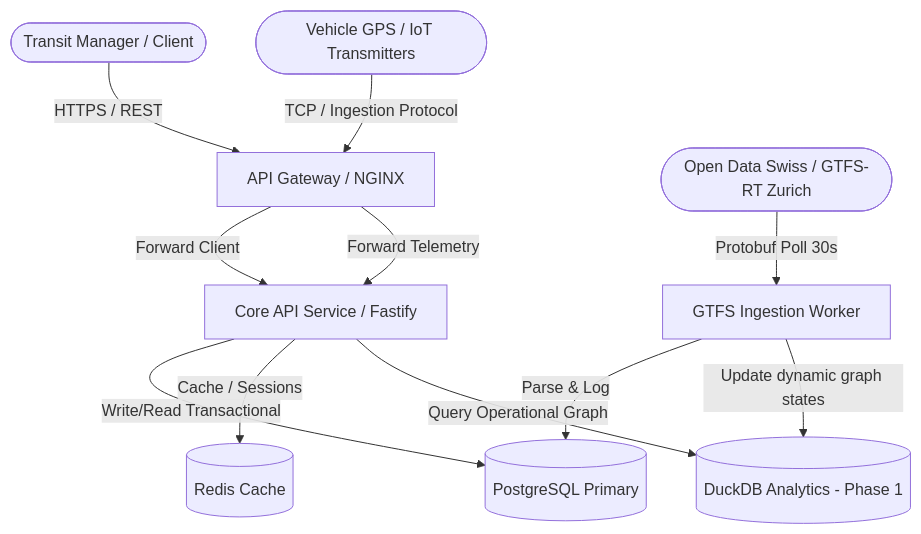
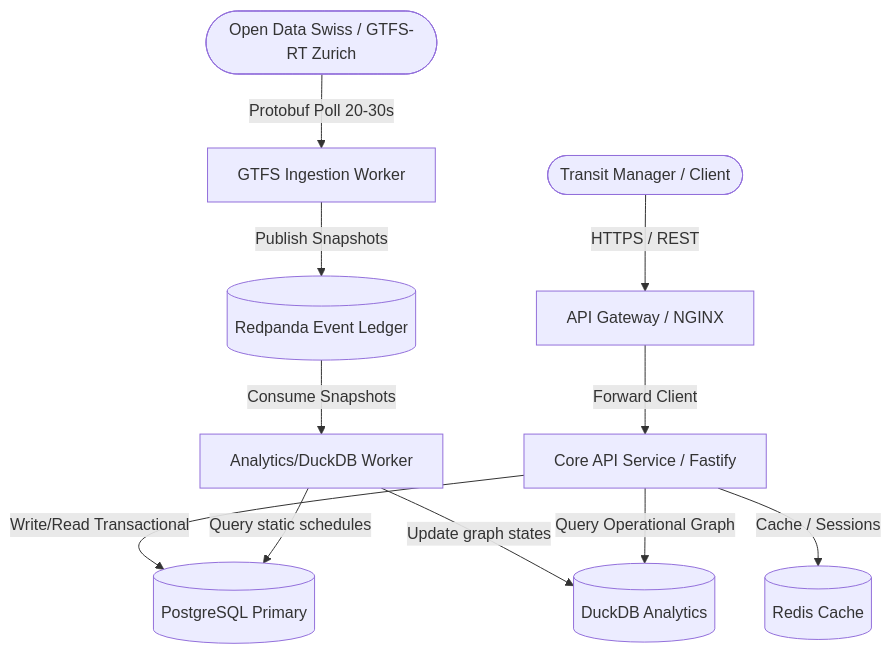
The diagram in ARCHITECTURE.md (Shreyas-Agarwal/transit-intelligence), drawn with Mermaid before and after one commit. The commit also changed other lines of this file and 8 other files, not shown here.

````diff
--- a/ARCHITECTURE.md
+++ b/ARCHITECTURE.md
@@ -11,17 +11,17 @@
 ```mermaid
 graph TD
     User([Transit Manager / Client]) -->|HTTPS / REST| Gateway[API Gateway / NGINX]
-    GTFSFeed([Open Data Swiss / GTFS-RT Zurich]) -->|Protobuf Poll 30s| IngestionWorker[GTFS Ingestion Worker]
-    IoT([Vehicle GPS / IoT Transmitters]) -->|TCP / Ingestion Protocol| Gateway
+    GTFSFeed([Open Data Swiss / GTFS-RT Zurich]) -->|Protobuf Poll 20-30s| IngestionWorker[GTFS Ingestion Worker]
 
     Gateway -->|Forward Client| API[Core API Service / Fastify]
-    Gateway -->|Forward Telemetry| API
 
     API -->|Write/Read Transactional| DB[(PostgreSQL Primary)]
     API -->|Cache / Sessions| Cache[(Redis Cache)]
 
-    IngestionWorker -->|Parse & Log| DB
-    IngestionWorker -->|Update dynamic graph states| DuckDB[(DuckDB Analytics - Phase 1)]
+    IngestionWorker -->|Publish Snapshots| Redpanda[(Redpanda Event Ledger)]
+    Redpanda -->|Consume Snapshots| AnalyticsWorker[Analytics/DuckDB Worker]
+    AnalyticsWorker -->|Query static schedules| DB
+    AnalyticsWorker -->|Update graph states| DuckDB[(DuckDB Analytics)]
 
     API -->|Query Operational Graph| DuckDB
 ```
````
